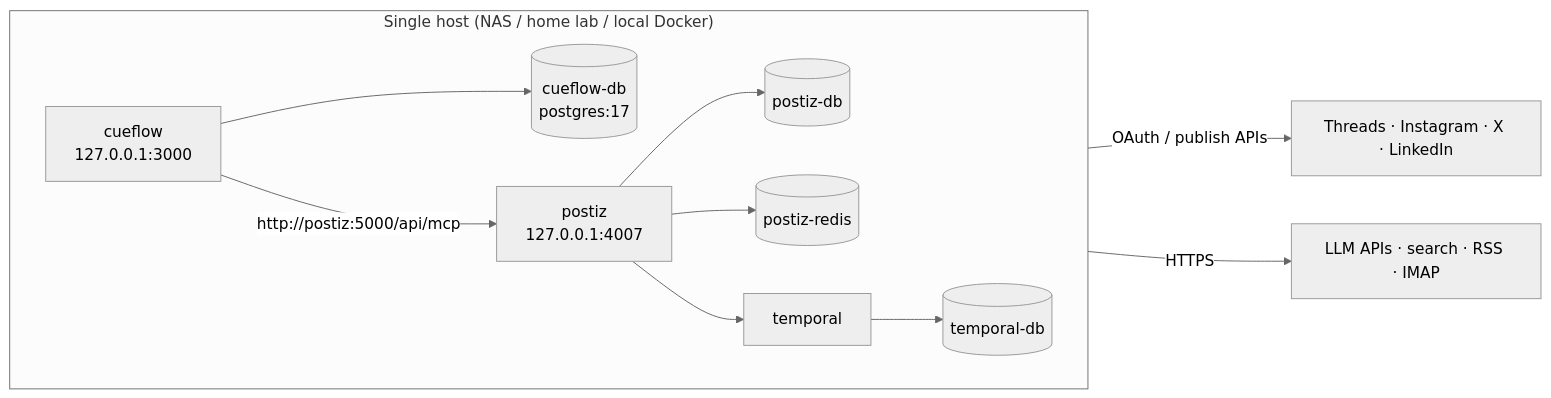
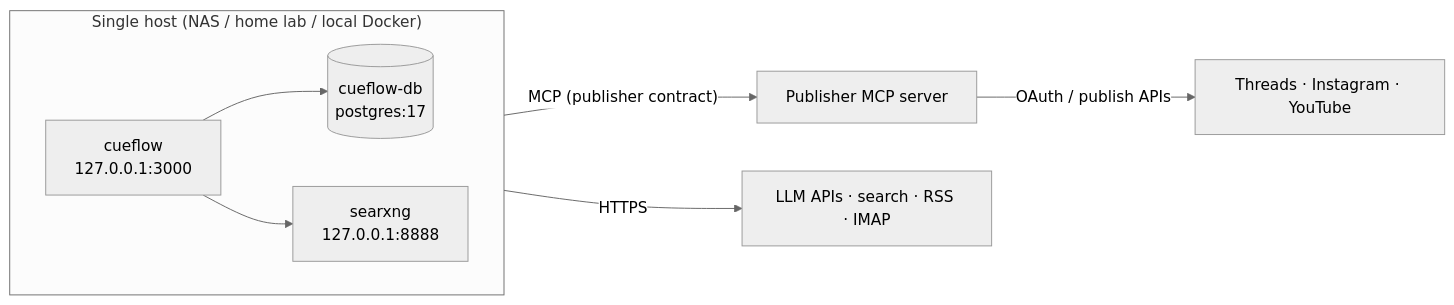
Before and after one commit to j75689/cueflow: the sixth of 6 diagrams in docs/architecture.md, drawn with Mermaid (neutral theme). The commit also changed other lines of this file and 40 other files, not shown here.

First line of the commit message:
feat!: drop Postiz and ship a mock publisher for the MCP publisher contract (#7)

````diff
--- a/docs/architecture.md
+++ b/docs/architecture.md
@@ -320,13 +320,10 @@
 ```mermaid
 flowchart LR
     subgraph Host["Single host (NAS / home lab / local Docker)"]
         direction LR
         CF["cueflow<br/>127.0.0.1:3000"] --> CFDB[("cueflow-db<br/>postgres:17")]
-        CF -->|"http://postiz:5000/api/mcp"| PZ["postiz<br/>127.0.0.1:4007"]
-        PZ --> PZDB[("postiz-db")]
-        PZ --> RD[("postiz-redis")]
-        PZ --> TP["temporal"] --> TPDB[("temporal-db")]
+        CF --> SX["searxng<br/>127.0.0.1:8888"]
     end
-    PZ -->|"OAuth / publish APIs"| SNS["Threads · Instagram · X · LinkedIn"]
+    CF -->|"MCP (publisher contract)"| PUB["Publisher MCP server"] -->|"OAuth / publish APIs"| SNS["Threads · Instagram · YouTube"]
     CF -->|"HTTPS"| EXT["LLM APIs · search · RSS · IMAP"]
 ```
````
